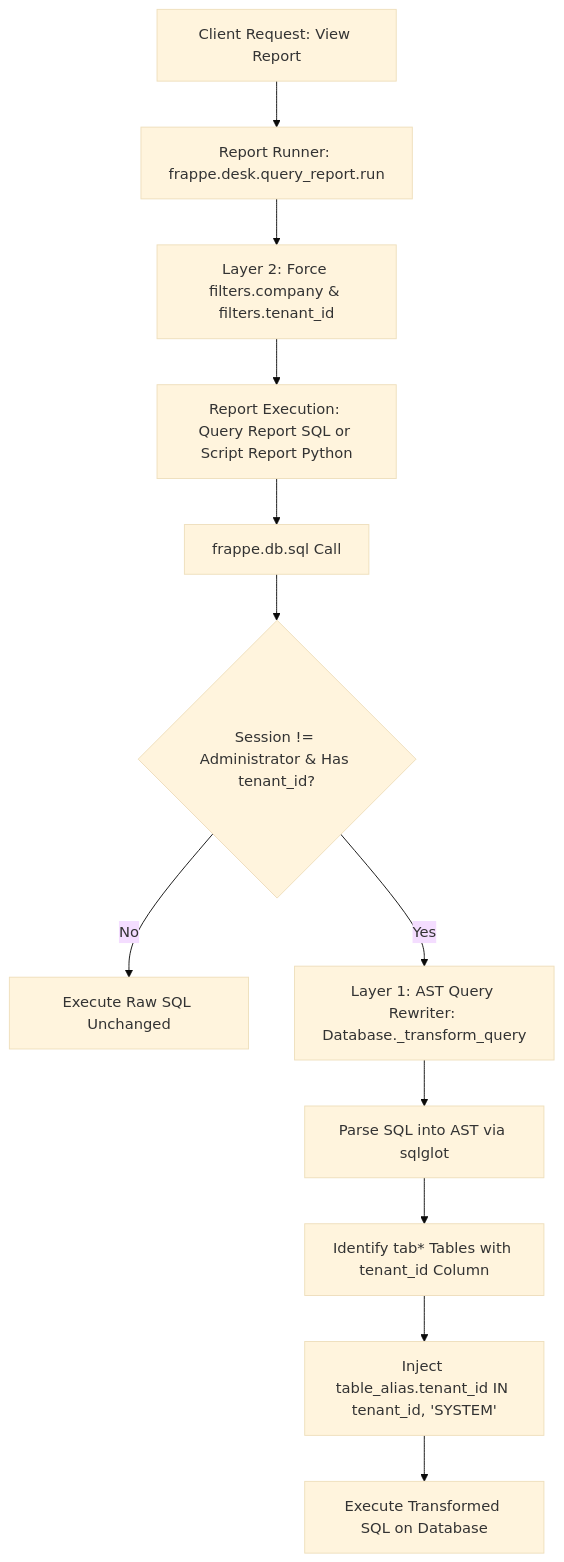
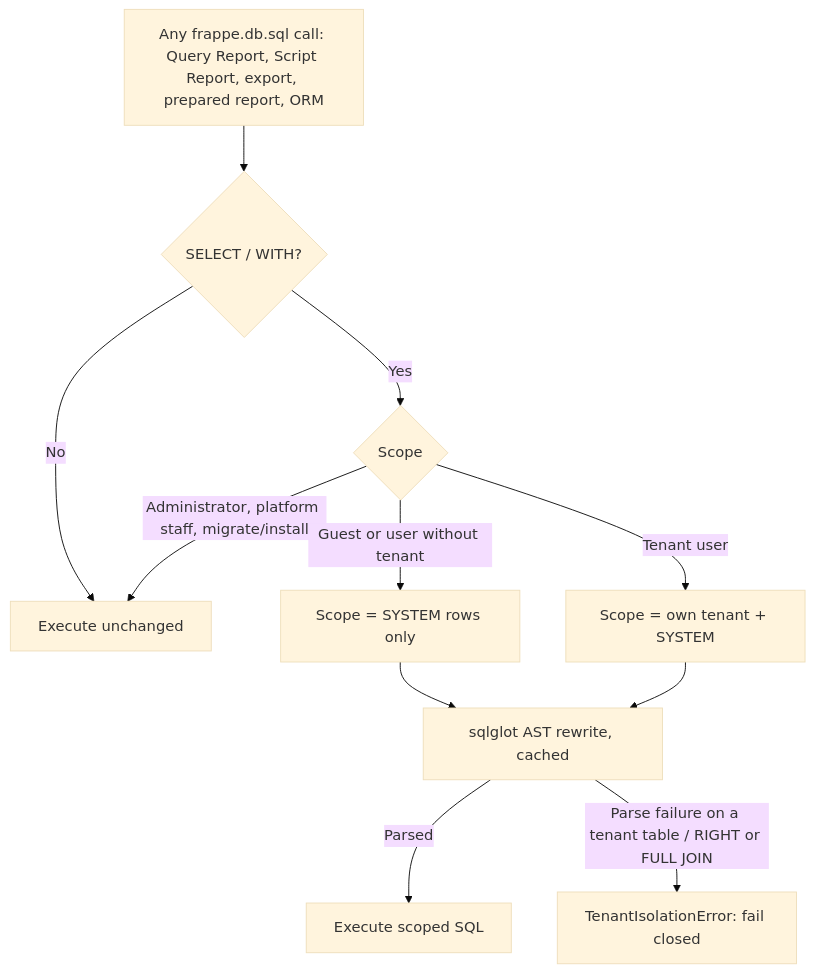
One commit to vyogotech/saas_platform changed the diagram in docs/report_tenant_isolation.md. Above: the diagram before and after it, drawn with Mermaid (base theme). The commit also changed other lines of this file and 18 other files, not shown here.

````diff
--- a/docs/report_tenant_isolation.md
+++ b/docs/report_tenant_isolation.md
@@ -40,14 +38,13 @@
 ```mermaid
 flowchart TD
-    A[Client Request: View Report] --> B[Report Runner: frappe.desk.query_report.run]
-    B --> C[Layer 2: Force filters.company & filters.tenant_id]
-    C --> D[Report Execution: Query Report SQL or Script Report Python]
-    D --> E[frappe.db.sql Call]
-    E --> F{Session != Administrator & Has tenant_id?}
-    F -- No --> G[Execute Raw SQL Unchanged]
-    F -- Yes --> H[Layer 1: AST Query Rewriter: Database._transform_query]
-    H --> I[Parse SQL into AST via sqlglot]
-    I --> J[Identify tab* Tables with tenant_id Column]
-    J --> K[Inject table_alias.tenant_id IN tenant_id, 'SYSTEM']
-    K --> L[Execute Transformed SQL on Database]
+    A[Any frappe.db.sql call: Query Report, Script Report, export, prepared report, ORM] --> B{SELECT / WITH?}
+    B -- No --> Z[Execute unchanged]
+    B -- Yes --> C{Scope}
+    C -- Administrator, platform staff, migrate/install --> Z
+    C -- Guest or user without tenant --> D[Scope = SYSTEM rows only]
+    C -- Tenant user --> E[Scope = own tenant + SYSTEM]
+    D --> F[sqlglot AST rewrite, cached]
+    E --> F
+    F -- Parsed --> G[Execute scoped SQL]
+    F -- Parse failure on a tenant table / RIGHT or FULL JOIN --> X[TenantIsolationError: fail closed]
 ```
````
